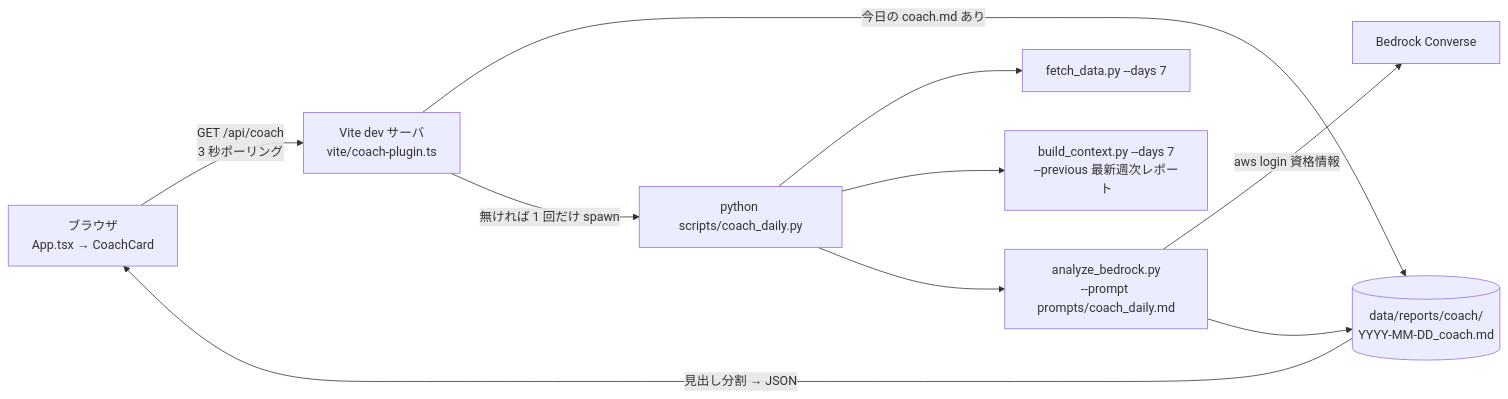
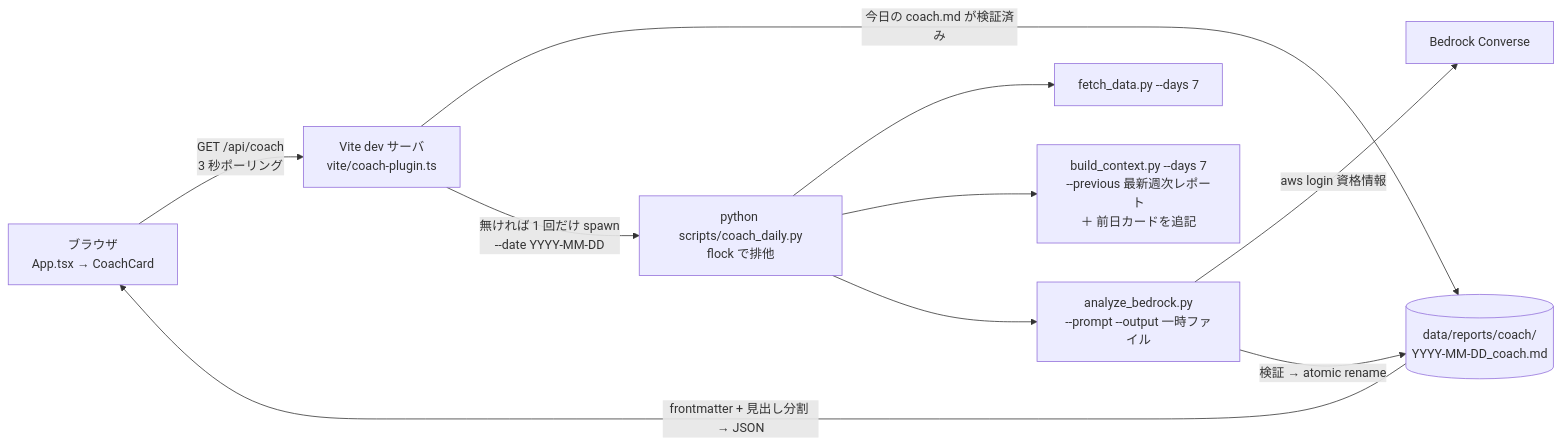
Before and after one commit to tetutetu214/fitbit-front: the diagram in docs/spec.md, drawn with Mermaid. The commit also changed other lines of this file and 1 other file, not shown here.

First line of the commit message:
docs(coach-card): Codex 敵対的検証 18 件を反映して spec を v2 に改訂

````diff
--- a/docs/spec.md
+++ b/docs/spec.md
@@ -11,12 +13,12 @@
 ```mermaid
 flowchart LR
   B[ブラウザ<br/>App.tsx → CoachCard] -->|GET /api/coach<br/>3 秒ポーリング| V[Vite dev サーバ<br/>vite/coach-plugin.ts]
-  V -->|今日の coach.md あり| R[(data/reports/coach/<br/>YYYY-MM-DD_coach.md)]
-  V -->|無ければ 1 回だけ spawn| P[python scripts/coach_daily.py]
+  V -->|今日の coach.md が検証済み| R[(data/reports/coach/<br/>YYYY-MM-DD_coach.md)]
+  V -->|無ければ 1 回だけ spawn<br/>--date YYYY-MM-DD| P[python scripts/coach_daily.py<br/>flock で排他]
   P --> F[fetch_data.py --days 7]
-  P --> C[build_context.py --days 7<br/>--previous 最新週次レポート]
-  P --> A[analyze_bedrock.py<br/>--prompt prompts/coach_daily.md]
+  P --> C[build_context.py --days 7<br/>--previous 最新週次レポート<br/>＋ 前日カードを追記]
+  P --> A[analyze_bedrock.py<br/>--prompt --output 一時ファイル]
   A -->|aws login 資格情報| BR[Bedrock Converse]
-  A --> R
-  R -->|見出し分割 → JSON| B
+  A -->|検証 → atomic rename| R
+  R -->|frontmatter + 見出し分割 → JSON| B
 ```
````
